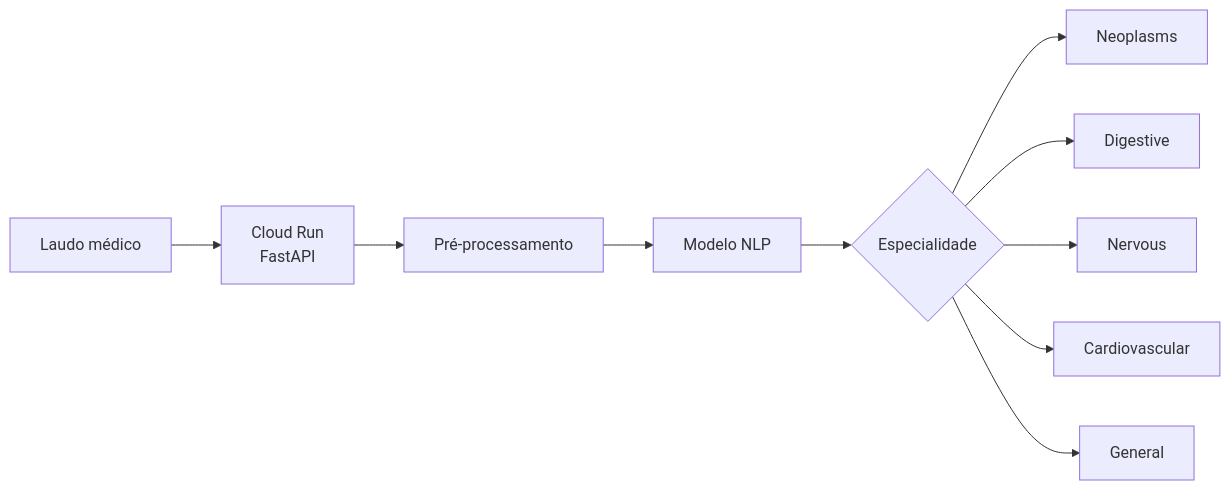
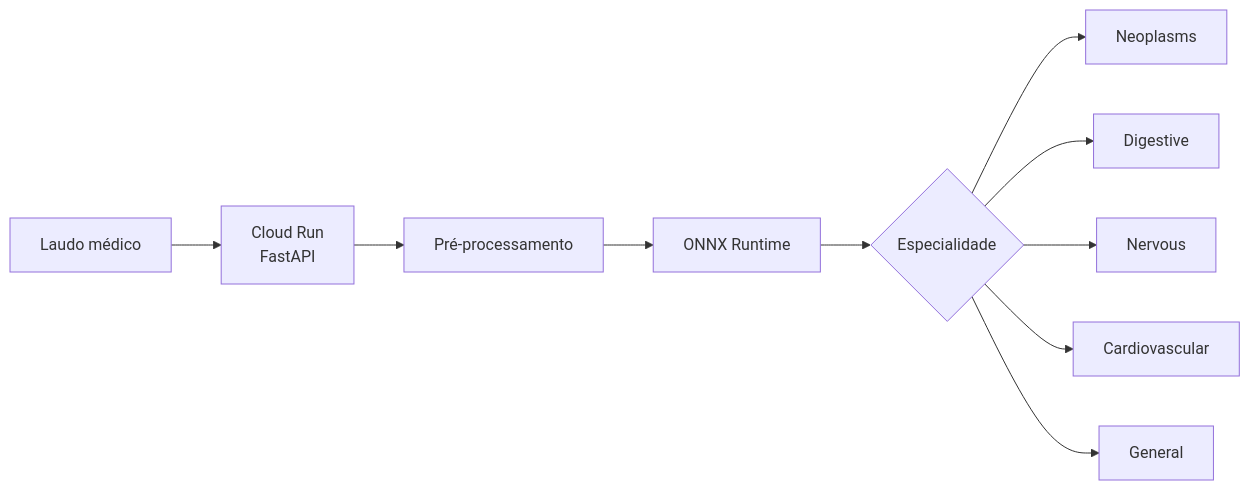
Before and after one commit to jessyca-machado/automated-text-exam-triage: the first of 3 diagrams in README.md, drawn with Mermaid. The commit also changed other lines of this file, not shown here.

Commit message:
docs: adaptado o readme para refletir a mudança de modelo de inferência para ONNX Runtime

````diff
--- a/README.md
+++ b/README.md
@@ -47,12 +64,12 @@
 ```mermaid
 flowchart LR
     A[Laudo médico] --> B[Cloud Run<br/>FastAPI]
     B --> C[Pré-processamento]
-    C --> D[Modelo NLP]
+    C --> D[ONNX Runtime]
     D --> E{Especialidade}
     E --> F[Neoplasms]
     E --> G[Digestive]
     E --> H[Nervous]
     E --> I[Cardiovascular]
     E --> J[General]
 ```
````
